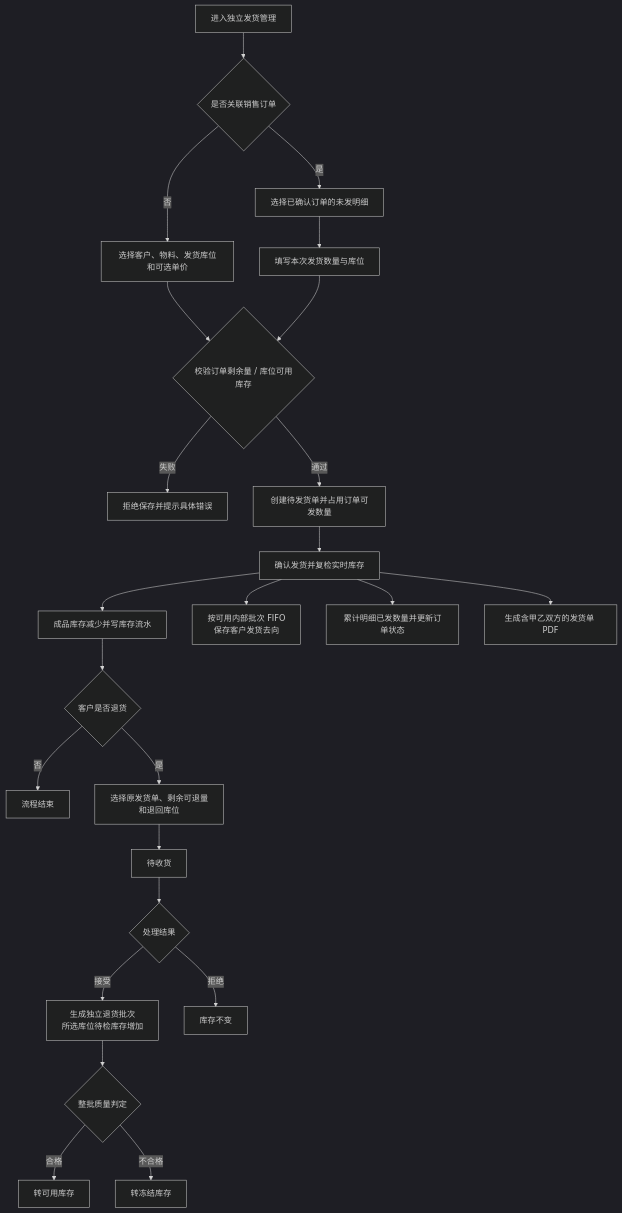
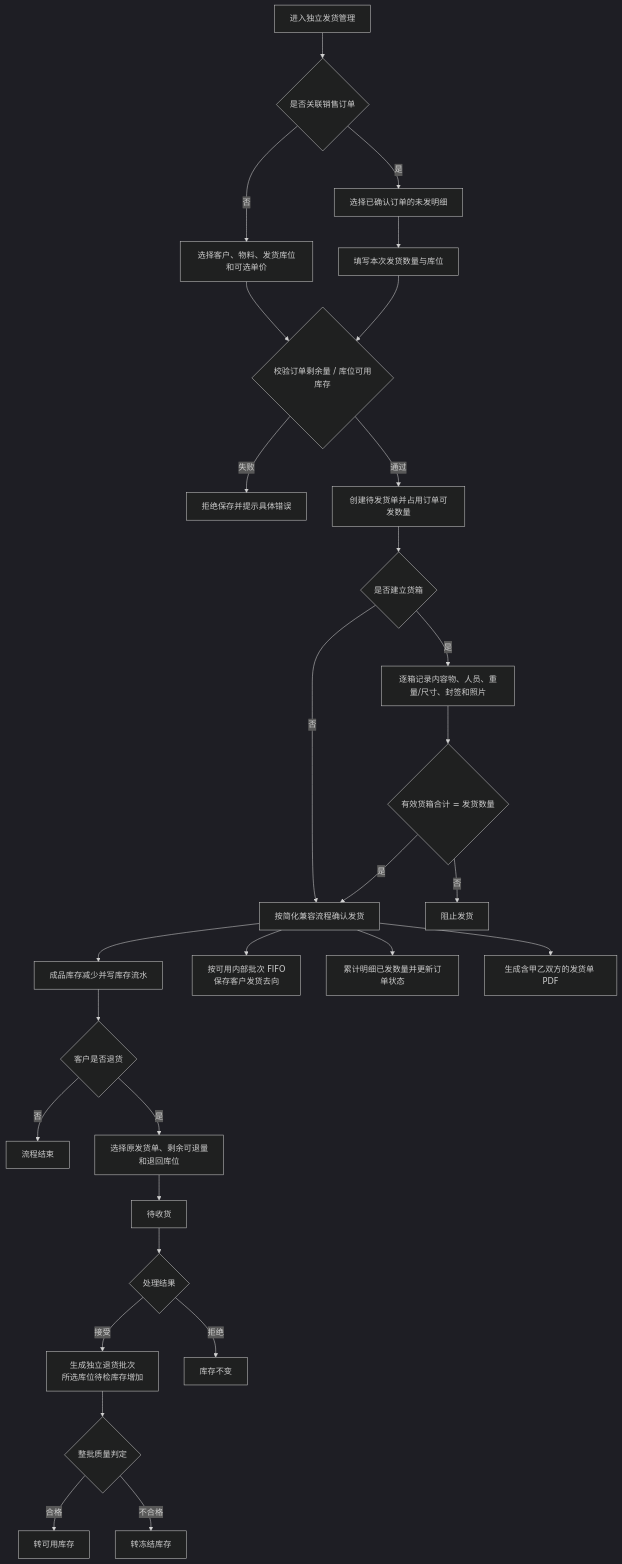
One commit to goldf2/mes-lite changed diagram 16 of 18 in docs/minierp/system-function-flow.md. Above: the diagram before and after it, drawn with Mermaid (dark theme). The commit also changed other lines of this file and 53 other files, not shown here.

````diff
--- a/docs/minierp/system-function-flow.md
+++ b/docs/minierp/system-function-flow.md
@@ -529,26 +533,31 @@
 ```mermaid
 flowchart TD
   A["进入独立发货管理"] --> Q{"是否关联销售订单"}
   Q -->|是| B["选择已确认订单的未发明细"]
   Q -->|否| R["选择客户、物料、发货库位和可选单价"]
   B --> C["填写本次发货数量与库位"]
   R --> V
   C --> V{"校验订单剩余量 / 库位可用库存"}
   V -->|失败| X["拒绝保存并提示具体错误"]
   V -->|通过| P["创建待发货单并占用订单可发数量"]
-  P --> S["确认发货并复检实时库存"]
+  P --> B1{"是否建立货箱"}
+  B1 -->|否| S["按简化兼容流程确认发货"]
+  B1 -->|是| B2["逐箱记录内容物、人员、重量/尺寸、封签和照片"]
+  B2 --> B3{"有效货箱合计 = 发货数量"}
+  B3 -->|否| X2["阻止发货"]
+  B3 -->|是| S
   S --> D["成品库存减少并写库存流水"]
   S --> T["按可用内部批次 FIFO<br/>保存客户发货去向"]
   S --> O["累计明细已发数量并更新订单状态"]
   S --> E["生成含甲乙双方的发货单 PDF"]
   D --> F{"客户是否退货"}
   F -->|否| G["流程结束"]
   F -->|是| H["选择原发货单、剩余可退量<br/>和退回库位"]
   H --> I["待收货"]
   I --> J{"处理结果"}
   J -->|接受| K["生成独立退货批次<br/>所选库位待检库存增加"]
   K --> M{"整批质量判定"}
   M -->|合格| N["转可用库存"]
   M -->|不合格| O2["转冻结库存"]
   J -->|拒绝| L["库存不变"]
 ```
````
